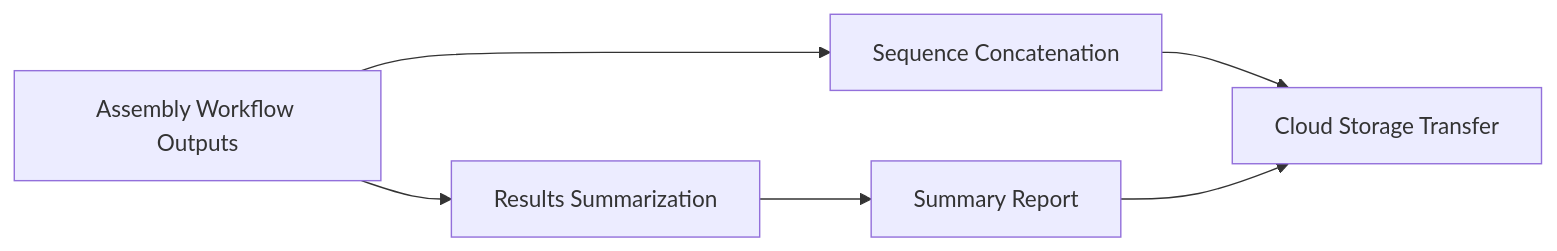
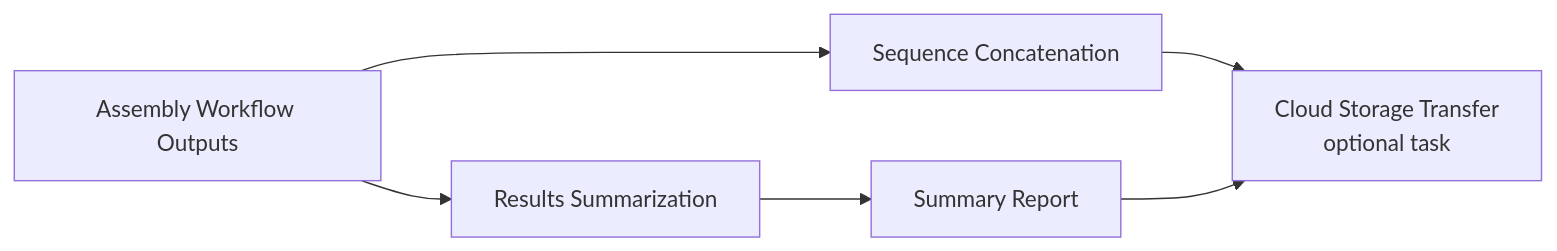
The second of 3 diagrams in README.md (CDPHE-bioinformatics/CDPHE-Viral-Amplicon-WDL), drawn with Mermaid before and after one commit.

````diff
--- a/README.md
+++ b/README.md
@@ -41,7 +41,7 @@
 ```mermaid
 graph LR
     A[Assembly Workflow Outputs] --> B[Sequence Concatenation]
     A --> C[Results Summarization]
     C --> D[Summary Report]
-    B & D --> E[Cloud Storage Transfer]
+    B & D --> E[Cloud Storage Transfer<br/>optional task]
 ```
````
